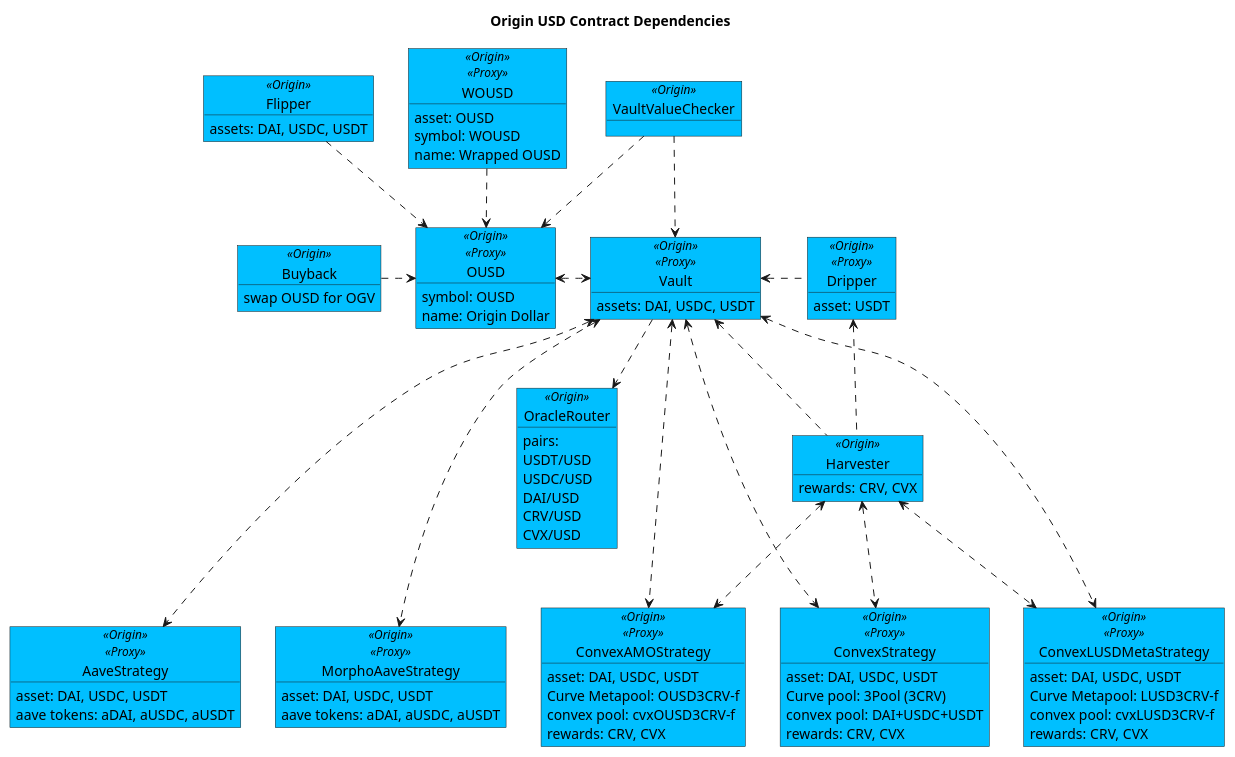
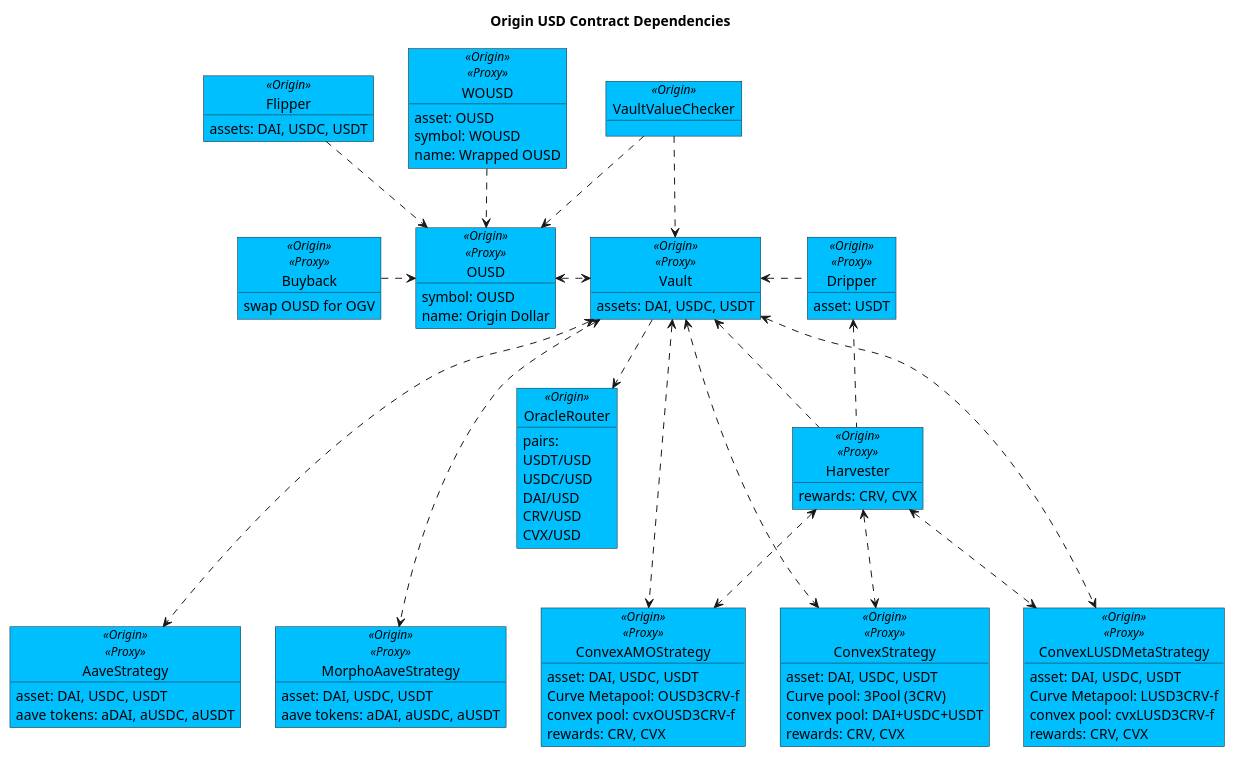
One commit to OriginProtocol/origin-dollar changed the diagram in contracts/docs/plantuml/ousdContracts.puml. Above: the diagram before and after it, drawn with PlantUML. The commit also changed 3 other files, not shown here.

Commit message:
Update contract dep diagrams

```diff
--- a/contracts/docs/plantuml/ousdContracts.puml
+++ b/contracts/docs/plantuml/ousdContracts.puml
@@ -1,119 +1,119 @@
 @startuml
 
 title "Origin USD Contract Dependencies"
 
 object "Dripper" as drip <<Origin>><<Proxy>> #DeepSkyBlue {
     asset: USDT
 }
 
 object "VaultValueChecker" as checker <<Origin>> #DeepSkyBlue {
 }
 
 object "WOUSD" as wousd <<Origin>><<Proxy>> #DeepSkyBlue {
     asset: OUSD
     symbol: WOUSD
     name: Wrapped OUSD
 }
 
 object "Flipper" as flipper <<Origin>> #DeepSkyBlue {
     assets: DAI, USDC, USDT
 }
 
 object "OUSD" as ousd <<Origin>><<Proxy>> #DeepSkyBlue {
     symbol: OUSD
     name: Origin Dollar
 }
 
 object "Vault" as vault <<Origin>><<Proxy>> #DeepSkyBlue {
     assets: DAI, USDC, USDT  
 }
 
-object "Harvester" as harv <<Origin>> #DeepSkyBlue {
+object "Harvester" as harv <<Origin>><<Proxy>> #DeepSkyBlue {
     rewards: CRV, CVX
 }
 
-object "Buyback" as buy <<Origin>> #DeepSkyBlue {
+object "Buyback" as buy <<Origin>><<Proxy>> #DeepSkyBlue {
 swap OUSD for OGV
 }
 
 ' Strategies
 object "AaveStrategy" as aaveStrat <<Origin>><<Proxy>> #DeepSkyBlue {
     asset: DAI, USDC, USDT
     aave tokens: aDAI, aUSDC, aUSDT
     ' rewards: AAVE
 }
 ' object "CompoundStrategy" as compStrat <<Origin>><<Proxy>> #DeepSkyBlue {
 '     asset: DAI, USDC, USDT
 '     compound tokens: cDAI, cUSDC, cUSDT
     ' rewards: COMP
 ' }
 object "ConvexStrategy" as cvxStrat <<Origin>><<Proxy>> #DeepSkyBlue {
     asset: DAI, USDC, USDT
     Curve pool: 3Pool (3CRV)
     convex pool: DAI+USDC+USDT
     rewards: CRV, CVX
 }
 object "ConvexAMOStrategy" as amoStrat <<Origin>><<Proxy>> #DeepSkyBlue {
     asset: DAI, USDC, USDT
     Curve Metapool: OUSD3CRV-f
     convex pool: cvxOUSD3CRV-f
     rewards: CRV, CVX
 }
 object "ConvexLUSDMetaStrategy" as cxvLusdStrat <<Origin>><<Proxy>> #DeepSkyBlue {
     asset: DAI, USDC, USDT
     Curve Metapool: LUSD3CRV-f
     convex pool: cvxLUSD3CRV-f
     rewards: CRV, CVX
 }
 ' object "MorphoCompoundStrategy" as morphCompStrat <<Origin>><<Proxy>> #DeepSkyBlue {
 '     asset: DAI, USDC, USDT
 '     compound tokens: cDAI, cUSDC, cUSDT
     ' rewards: COMP
 ' }
 object "MorphoAaveStrategy" as morphAaveStrat <<Origin>><<Proxy>> #DeepSkyBlue {
     asset: DAI, USDC, USDT
     aave tokens: aDAI, aUSDC, aUSDT
     ' rewards: AAVE
 }
 
 ' Oracle
 object "OracleRouter" as oracle <<Origin>> #DeepSkyBlue {
 pairs:
     USDT/USD
     USDC/USD
     DAI/USD
     CRV/USD
     CVX/USD 
 }
 
 vault <. drip
 
 checker ..> ousd
 checker ..> vault
 
 flipper ..> ousd
 
 vault <.. harv 
 
 wousd ..> ousd
 ousd <.> vault
 vault ..> oracle
 
 buy .> ousd
 
 ' Strategies
 vault <...> aaveStrat
 ' vault <...> compStrat
 vault <...> cvxStrat
 vault <...> amoStrat
 vault <...> cxvLusdStrat
 ' vault <...> morphCompStrat
 vault <...> morphAaveStrat
 
 drip <.. harv
 harv <..> cvxStrat
 harv <..> amoStrat
 harv <..> cxvLusdStrat
 
 
 @enduml
```
